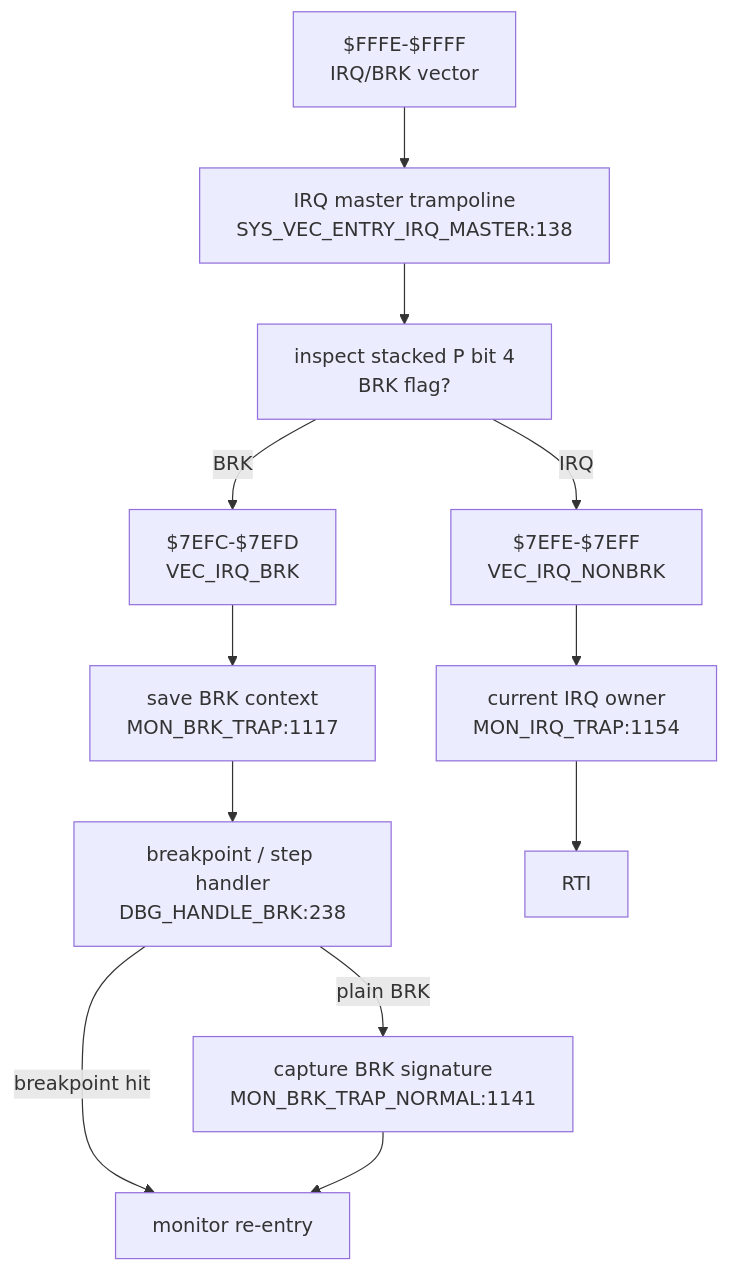
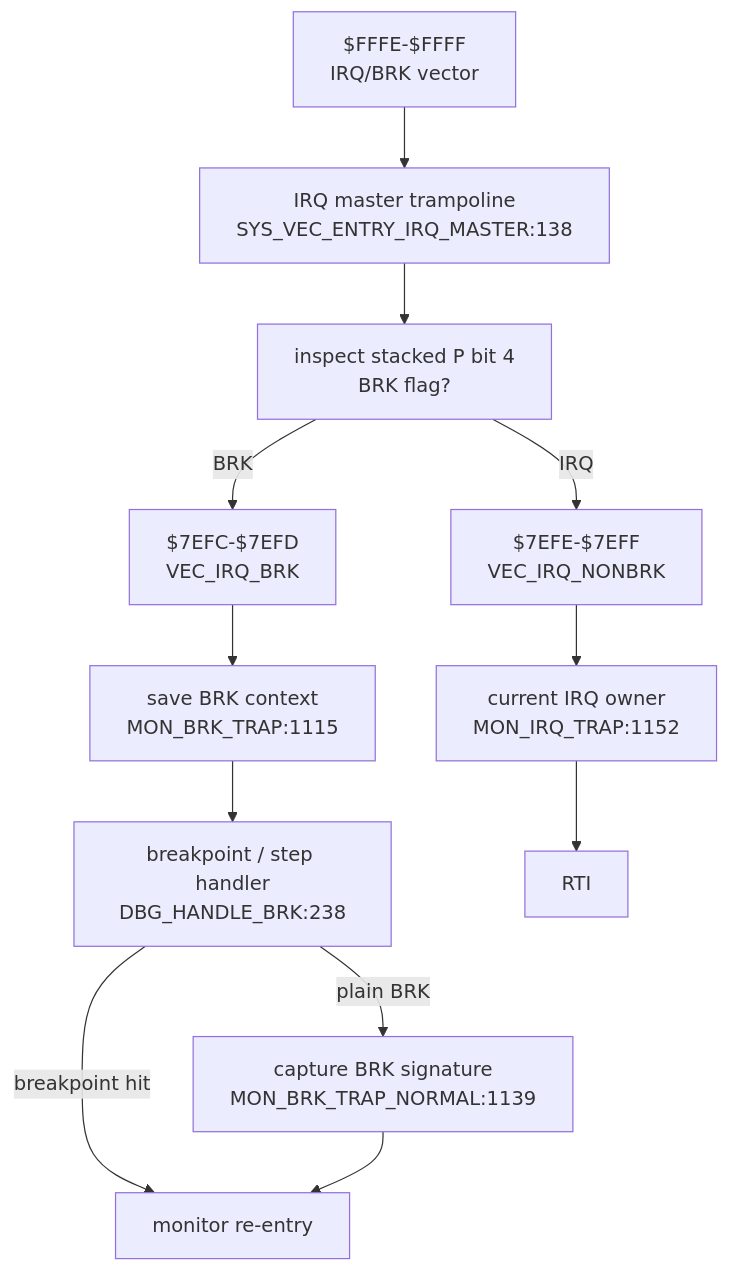
Before and after one commit to 95westus/R-YORS: the fifth of 6 diagrams in DOC/GENERATED/INTERRUPT_VECTOR_MAP.md, drawn with Mermaid. The commit also changed other lines of this file and 29 other files, not shown here.

````diff
--- a/DOC/GENERATED/INTERRUPT_VECTOR_MAP.md
+++ b/DOC/GENERATED/INTERRUPT_VECTOR_MAP.md
@@ -75,14 +75,14 @@
 ```mermaid
 flowchart TD
     IRQV["$FFFE-$FFFF<br/>IRQ/BRK vector"] --> IRQMASTER["IRQ master trampoline<br/>SYS_VEC_ENTRY_IRQ_MASTER:138"]
     IRQMASTER --> SPLIT["inspect stacked P bit 4<br/>BRK flag?"]
     SPLIT -->|BRK| VECBRK["$7EFC-$7EFD<br/>VEC_IRQ_BRK"]
     SPLIT -->|IRQ| VECIRQ["$7EFE-$7EFF<br/>VEC_IRQ_NONBRK"]
-    VECBRK --> BRKTRAP["save BRK context<br/>MON_BRK_TRAP:1117"]
+    VECBRK --> BRKTRAP["save BRK context<br/>MON_BRK_TRAP:1115"]
     BRKTRAP --> DBGBRK["breakpoint / step handler<br/>DBG_HANDLE_BRK:238"]
     DBGBRK -->|breakpoint hit| REENTER["monitor re-entry"]
-    DBGBRK -->|plain BRK| BRKNORMAL["capture BRK signature<br/>MON_BRK_TRAP_NORMAL:1141"]
+    DBGBRK -->|plain BRK| BRKNORMAL["capture BRK signature<br/>MON_BRK_TRAP_NORMAL:1139"]
     BRKNORMAL --> REENTER
-    VECIRQ --> IRQTRAP["current IRQ owner<br/>MON_IRQ_TRAP:1154"]
+    VECIRQ --> IRQTRAP["current IRQ owner<br/>MON_IRQ_TRAP:1152"]
     IRQTRAP --> RTIIRQ["RTI"]
 ```
````
